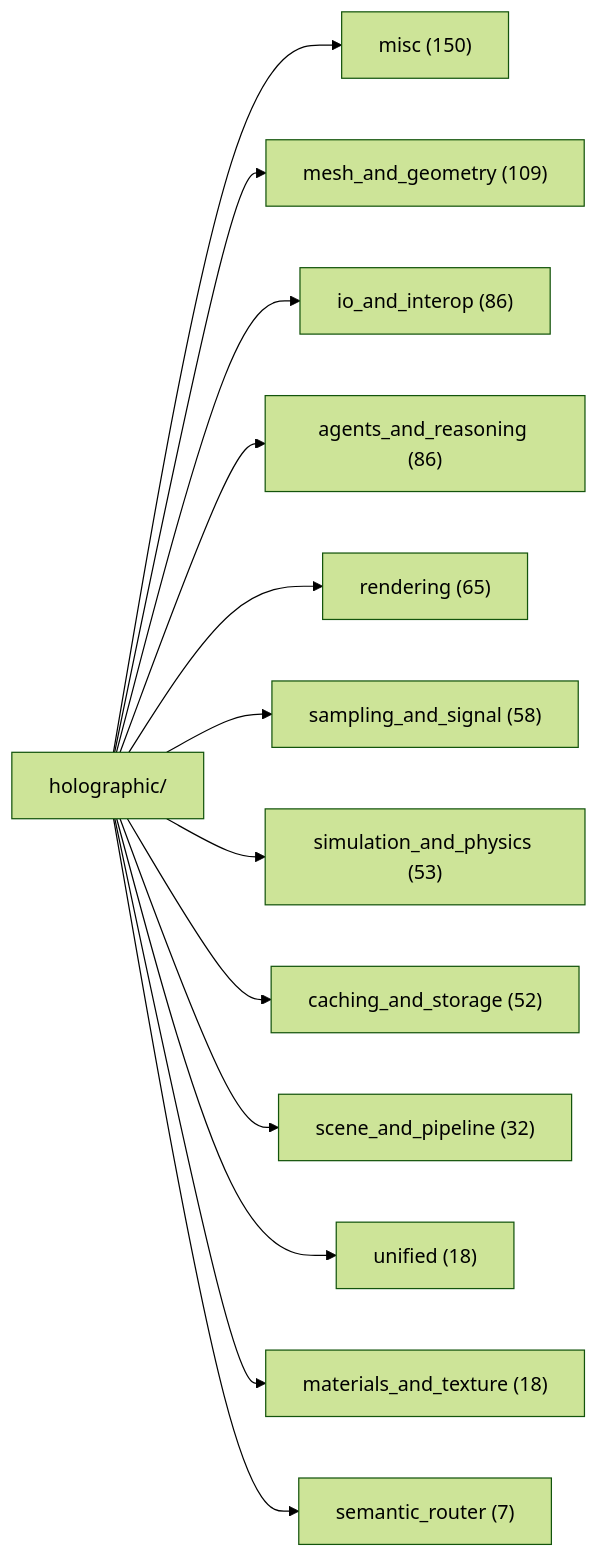
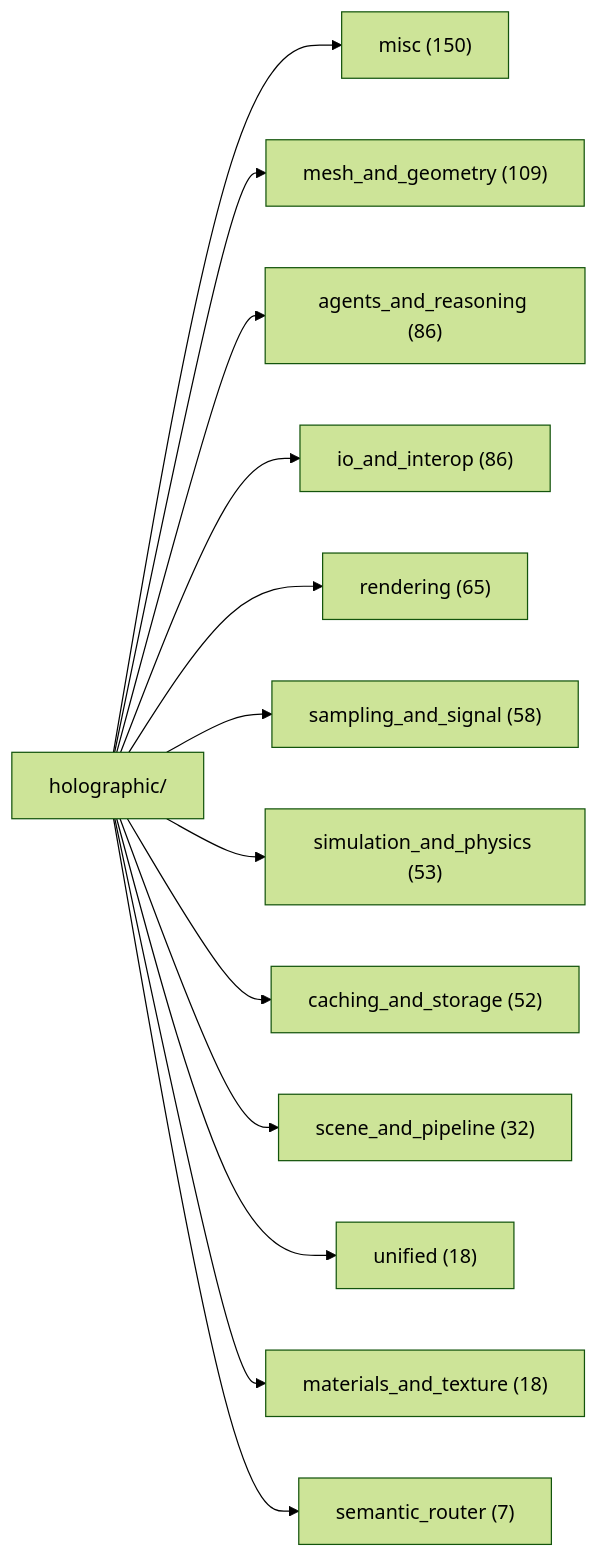
One commit to AnOversizedMooseWithSocks/leCore changed the first of 2 diagrams in docs/DOC_MAP.md. Above: the diagram before and after it, drawn with Mermaid (forest theme). The commit also changed other lines of this file and 1 other file, not shown here.

````diff
--- a/docs/DOC_MAP.md
+++ b/docs/DOC_MAP.md
@@ -35,16 +35,16 @@
 ```mermaid
 graph LR
     H[holographic/]
     H --> misc["misc (150)"]
     H --> mesh["mesh_and_geometry (109)"]
+    H --> agen["agents_and_reasoning (86)"]
     H --> io_a["io_and_interop (86)"]
-    H --> agen["agents_and_reasoning (86)"]
     H --> rend["rendering (65)"]
     H --> samp["sampling_and_signal (58)"]
     H --> simu["simulation_and_physics (53)"]
     H --> cach["caching_and_storage (52)"]
     H --> scen["scene_and_pipeline (32)"]
     H --> unif["unified (18)"]
     H --> mate["materials_and_texture (18)"]
     H --> sema["semantic_router (7)"]
 ```
````
